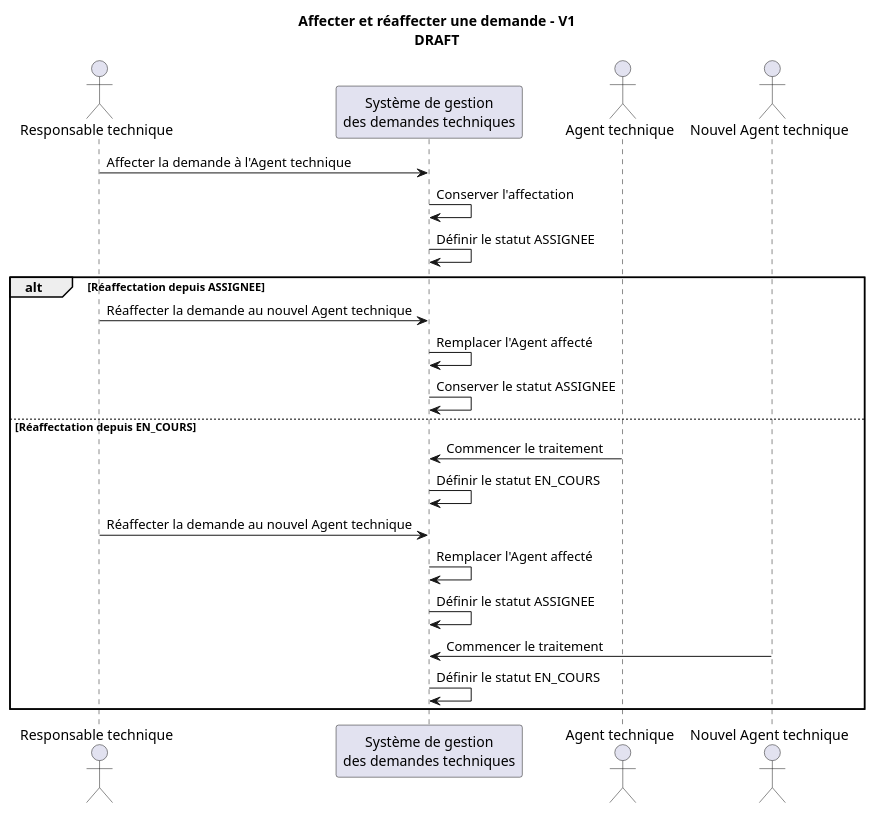
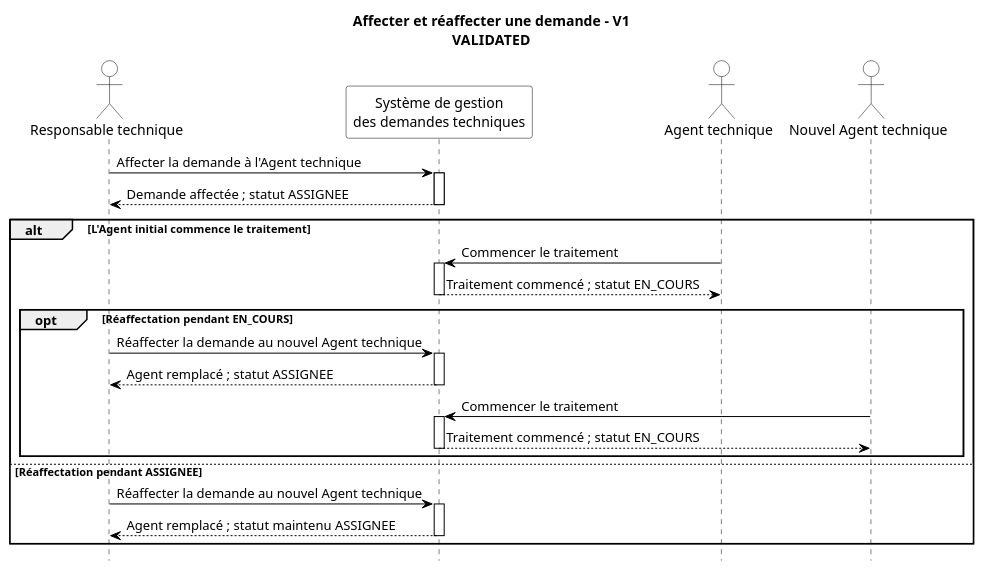
One commit to akrouty/gestion-demandes-techniques changed the diagram in docs/uml/sequence/assign-reassign-request-v1.puml. Above: the diagram before and after it, drawn with PlantUML. The commit also changed 4 other files, not shown here.

Commit message:
sequnce diagrame validation

```diff
--- a/docs/uml/sequence/assign-reassign-request-v1.puml
+++ b/docs/uml/sequence/assign-reassign-request-v1.puml
@@ -1,29 +1,59 @@
 @startuml
 
-' Statut : DRAFT
-title Affecter et réaffecter une demande - V1\nDRAFT
+' Statut : VALIDATED
+title Affecter et réaffecter une demande - V1\nVALIDATED
+
+hide footbox
+skinparam monochrome true
+skinparam shadowing false
+skinparam backgroundColor white
+skinparam sequence {
+  ArrowColor black
+  ActorBorderColor black
+  ActorBackgroundColor white
+  ActorFontColor black
+  ParticipantBorderColor black
+  ParticipantBackgroundColor white
+  ParticipantFontColor black
+  LifeLineBorderColor black
+  LifeLineBackgroundColor white
+  GroupBorderColor black
+  GroupHeaderFontColor black
+  GroupBodyBackgroundColor white
+}
 
 actor "Responsable technique" as RT
 participant "Système de gestion\ndes demandes techniques" as SYSTEM
 actor "Agent technique" as AGENT
 actor "Nouvel Agent technique" as NEW_AGENT
 
 RT -> SYSTEM : Affecter la demande à l'Agent technique
-SYSTEM -> SYSTEM : Conserver l'affectation
-SYSTEM -> SYSTEM : Définir le statut ASSIGNEE
+activate SYSTEM
+SYSTEM --> RT : Demande affectée ; statut ASSIGNEE
+deactivate SYSTEM
 
-alt Réaffectation depuis ASSIGNEE
+alt L'Agent initial commence le traitement
+  AGENT -> SYSTEM : Commencer le traitement
+  activate SYSTEM
+  SYSTEM --> AGENT : Traitement commencé ; statut EN_COURS
+  deactivate SYSTEM
+
+  opt Réaffectation pendant EN_COURS
+    RT -> SYSTEM : Réaffecter la demande au nouvel Agent technique
+    activate SYSTEM
+    SYSTEM --> RT : Agent remplacé ; statut ASSIGNEE
+    deactivate SYSTEM
+
+    NEW_AGENT -> SYSTEM : Commencer le traitement
+    activate SYSTEM
+    SYSTEM --> NEW_AGENT : Traitement commencé ; statut EN_COURS
+    deactivate SYSTEM
+  end
+else Réaffectation pendant ASSIGNEE
   RT -> SYSTEM : Réaffecter la demande au nouvel Agent technique
-  SYSTEM -> SYSTEM : Remplacer l'Agent affecté
-  SYSTEM -> SYSTEM : Conserver le statut ASSIGNEE
-else Réaffectation depuis EN_COURS
-  AGENT -> SYSTEM : Commencer le traitement
-  SYSTEM -> SYSTEM : Définir le statut EN_COURS
-  RT -> SYSTEM : Réaffecter la demande au nouvel Agent technique
-  SYSTEM -> SYSTEM : Remplacer l'Agent affecté
-  SYSTEM -> SYSTEM : Définir le statut ASSIGNEE
-  NEW_AGENT -> SYSTEM : Commencer le traitement
-  SYSTEM -> SYSTEM : Définir le statut EN_COURS
+  activate SYSTEM
+  SYSTEM --> RT : Agent remplacé ; statut maintenu ASSIGNEE
+  deactivate SYSTEM
 end
 
 @enduml
```
